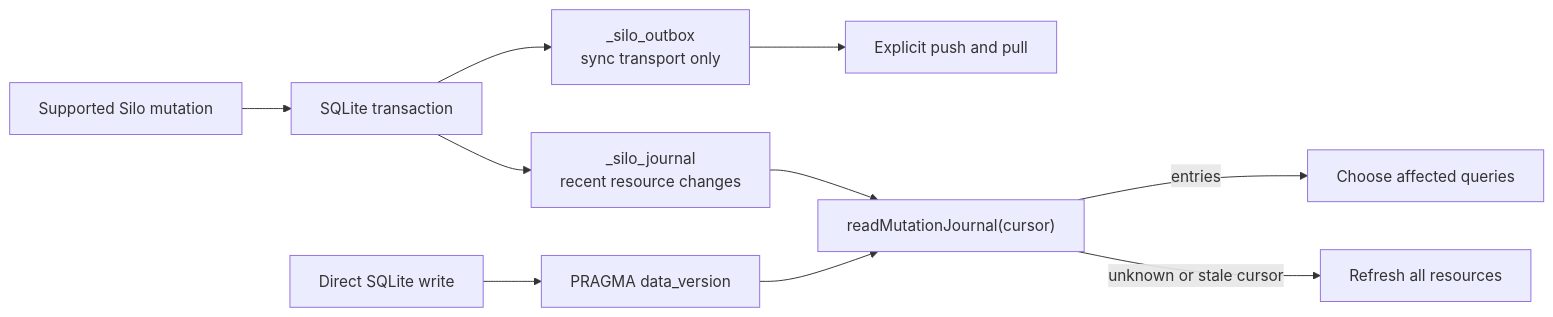
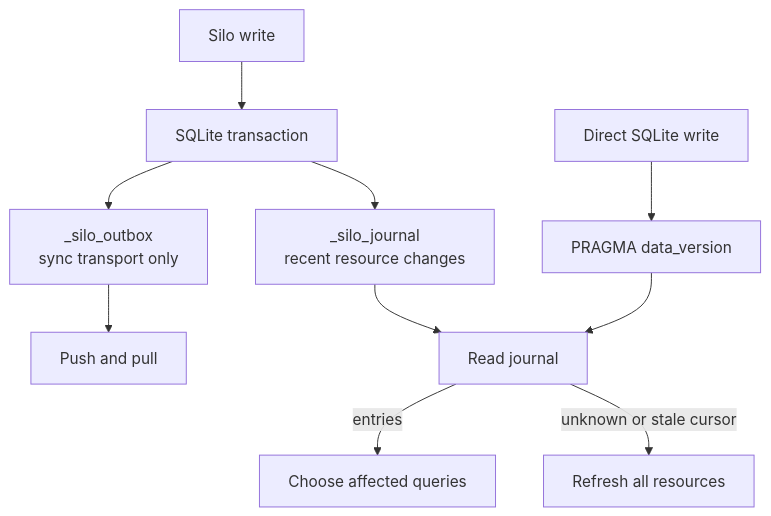
Before and after one commit to silo-ai/silo: the diagram in docs/concepts/mutation-journal.md, drawn with Mermaid. The commit also changed other lines of this file, not shown here.

Commit message:
docs: keep journal tables and diagram readable at page width

````diff
--- a/docs/concepts/mutation-journal.md
+++ b/docs/concepts/mutation-journal.md
@@ -40,12 +43,12 @@
 ```mermaid
-flowchart LR
-  supported["Supported Silo mutation"] --> transaction["SQLite transaction"]
+flowchart TB
+  supported["Silo write"] --> transaction["SQLite transaction"]
   transaction --> journal["_silo_journal\nrecent resource changes"]
   transaction --> outbox["_silo_outbox\nsync transport only"]
-  outbox --> sync["Explicit push and pull"]
+  outbox --> sync["Push and pull"]
   external["Direct SQLite write"] --> version["PRAGMA data_version"]
-  journal --> reader["readMutationJournal(cursor)"]
+  journal --> reader["Read journal"]
   version --> reader
   reader -->|"entries"| mapping["Choose affected queries"]
   reader -->|"unknown or stale cursor"| refresh["Refresh all resources"]
 ```
````
